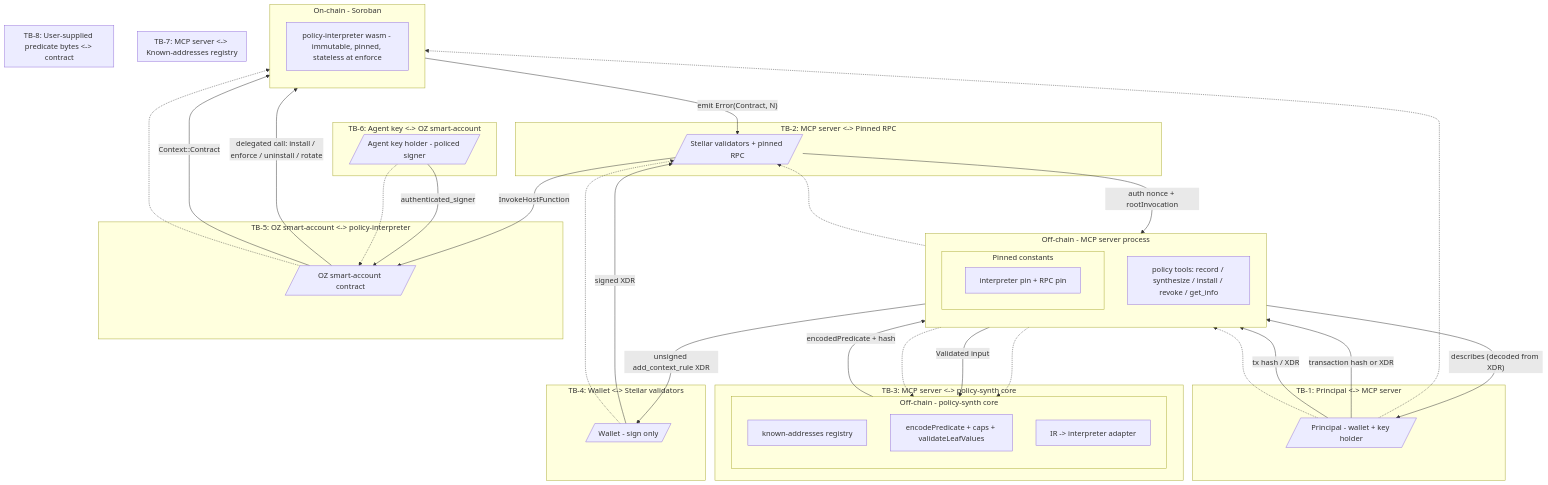
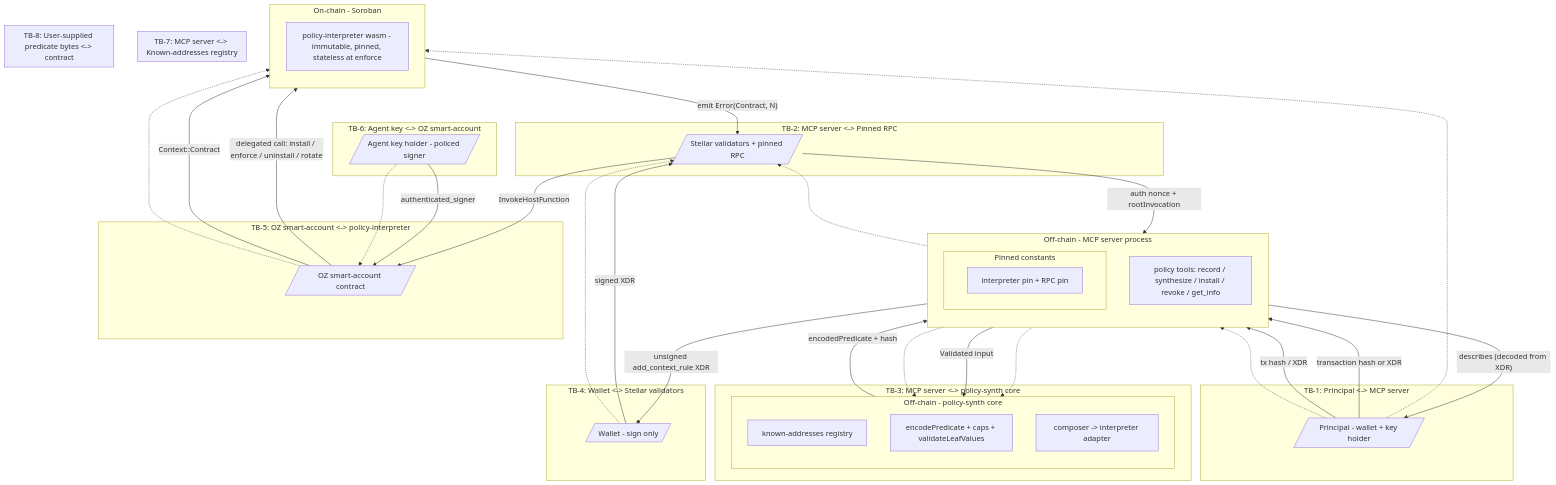
The diagram in docs/stride-threat-model.md (untangledfinance/oz-policy-builder), drawn with Mermaid before and after one commit. The commit also changed other lines of this file, not shown here.

````diff
--- a/docs/stride-threat-model.md
+++ b/docs/stride-threat-model.md
@@ -131,67 +131,67 @@
 ```mermaid
 flowchart TB
     U[/Principal - wallet + key holder/]
     AG[/Agent key holder - policed signer/]
     ST[/Stellar validators + pinned RPC/]
     OZ[/OZ smart-account contract/]
     W[/Wallet - sign only/]
 
     subgraph MCP["Off-chain - MCP server process"]
         direction TB
         subgraph PINS["Pinned constants"]
             IP["interpreter pin + RPC pin"]
         end
         TOOLS["policy tools: record / synthesize / install / revoke / get_info"]
     end
 
     subgraph SYNTH["Off-chain - policy-synth core"]
         direction TB
         REG["known-addresses registry"]
         ENC["encodePredicate + caps + validateLeafValues"]
-        ADP["IR -> interpreter adapter"]
+        ADP["composer -> interpreter adapter"]
     end
 
     subgraph ONCH["On-chain - Soroban"]
         direction TB
         PI["policy-interpreter wasm - immutable, pinned, stateless at enforce"]
     end
 
     U -->|"transaction hash or XDR"| TOOLS
     U -->|"tx hash / XDR"| TOOLS
     TOOLS -->|"Validated input"| SYNTH
     SYNTH -->|"encodedPredicate + hash"| TOOLS
     TOOLS -->|"unsigned add_context_rule XDR"| W
     W -->|"signed XDR"| ST
     ST -->|"InvokeHostFunction"| OZ
     OZ -->|"delegated call: install / enforce / uninstall / rotate"| PI
     PI -->|"emit Error(Contract, N)"| ST
     ST -->|"auth nonce + rootInvocation"| TOOLS
     TOOLS -->|"describes (decoded from XDR)"| U
     AG -->|"authenticated_signer"| OZ
     OZ -->|"Context::Contract"| PI
 
     subgraph TB1["TB-1: Principal <-> MCP server"]
         U -.-> TOOLS
     end
     subgraph TB2["TB-2: MCP server <-> Pinned RPC"]
         TOOLS -.-> ST
     end
     subgraph TB3["TB-3: MCP server <-> policy-synth core"]
         TOOLS -.-> SYNTH
     end
     subgraph TB4["TB-4: Wallet <-> Stellar validators"]
         W -.-> ST
     end
     subgraph TB5["TB-5: OZ smart-account <-> policy-interpreter"]
         OZ -.-> PI
     end
     subgraph TB6["TB-6: Agent key <-> OZ smart-account"]
         AG -.-> OZ
     end
     subgraph TB7["TB-7: MCP server <-> Known-addresses registry"]
         TOOLS -.-> REG
     end
     subgraph TB8["TB-8: User-supplied predicate bytes <-> contract"]
         U -.-> PI
     end
 ```
````
